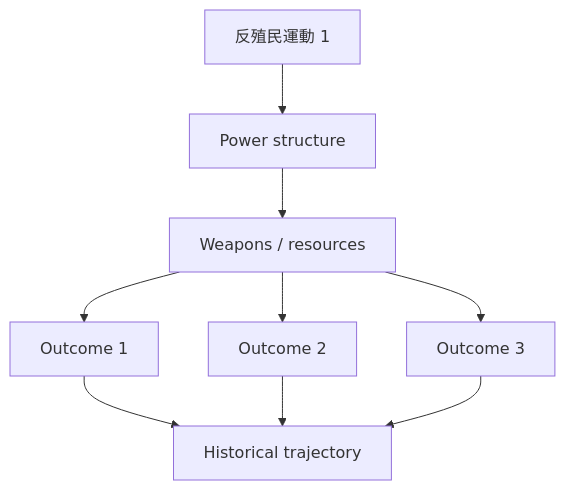
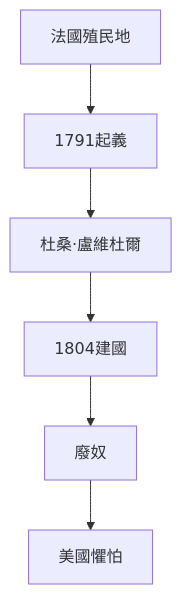
Before and after one commit to yip-lgtm/HKU-Harvard-History-Self-Study: the third of 10 diagrams in 02_Harvard_Courses/Fall_Courses/Hist62_African_Diaspora.md, drawn with Mermaid. The commit also changed other lines of this file and 15 other files, not shown here.

````diff
--- a/02_Harvard_Courses/Fall_Courses/Hist62_African_Diaspora.md
+++ b/02_Harvard_Courses/Fall_Courses/Hist62_African_Diaspora.md
@@ -185,11 +137,8 @@
 ```mermaid
 graph TD
-    A[反殖民運動 1] --> B[Power structure]
-    B --> C[Weapons / resources]
-    C --> D[Outcome 1]
-    C --> E[Outcome 2]
-    C --> F[Outcome 3]
-    D --> G[Historical trajectory]
-    E --> G
-    F --> G
+    A[法國殖民地] --> B[1791起義]
+    B --> C[杜桑·盧維杜爾]
+    C --> D[1804建國]
+    D --> E[廢奴]
+    E --> F[美國懼怕]
 ```
````
